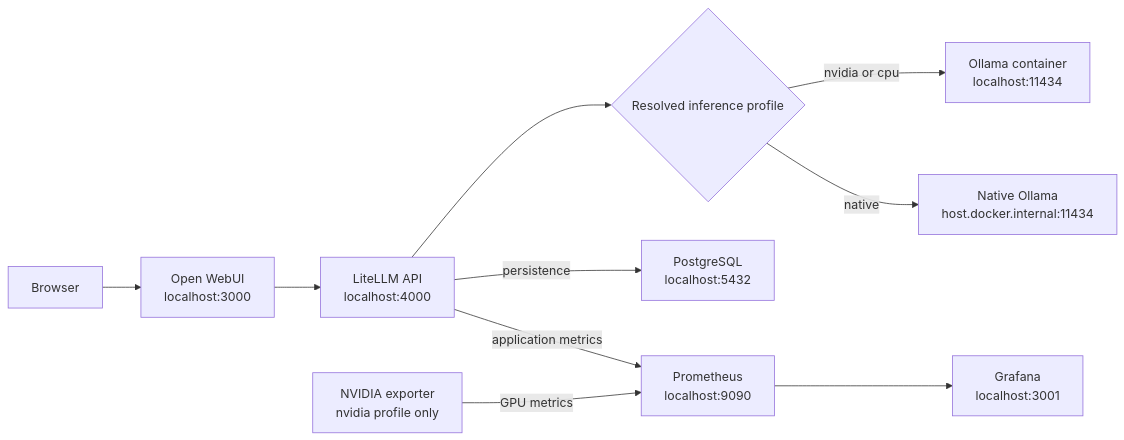
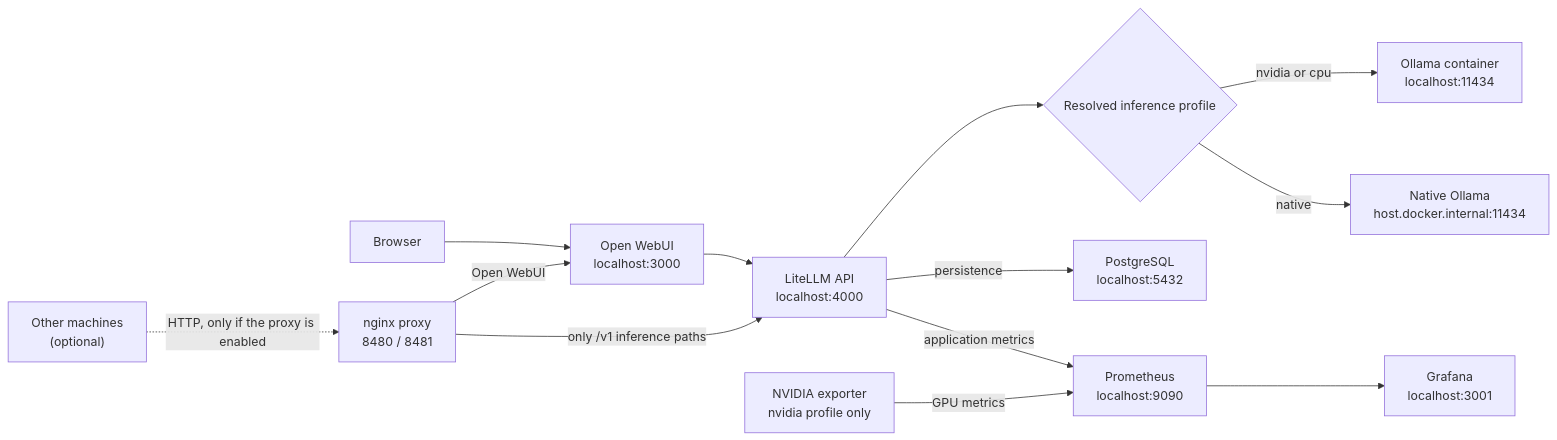
One commit to nawariso/PocketMind changed the diagram in README.md. Above: the diagram before and after it, drawn with Mermaid. The commit also changed other lines of this file and 9 other files, not shown here.

````diff
--- a/README.md
+++ b/README.md
@@ -5,12 +5,15 @@
 ```mermaid
 flowchart LR
     Browser[Browser] --> WebUI["Open WebUI<br/>localhost:3000"]
     WebUI --> LiteLLM["LiteLLM API<br/>localhost:4000"]
     LiteLLM --> Profile{Resolved inference profile}
     Profile -->|nvidia or cpu| ContainerOllama["Ollama container<br/>localhost:11434"]
     Profile -->|native| NativeOllama["Native Ollama<br/>host.docker.internal:11434"]
     LiteLLM -->|persistence| PostgreSQL["PostgreSQL<br/>localhost:5432"]
     LiteLLM -->|application metrics| Prometheus["Prometheus<br/>localhost:9090"]
     NvidiaExporter["NVIDIA exporter<br/>nvidia profile only"] -->|GPU metrics| Prometheus
     Prometheus --> Grafana["Grafana<br/>localhost:3001"]
+    RemoteUsers["Other machines<br/>(optional)"] -.->|HTTP, only if the proxy is enabled| Nginx["nginx proxy<br/>8480 / 8481"]
+    Nginx -->|Open WebUI| WebUI
+    Nginx -->|only /v1 inference paths| LiteLLM
 ```
````
